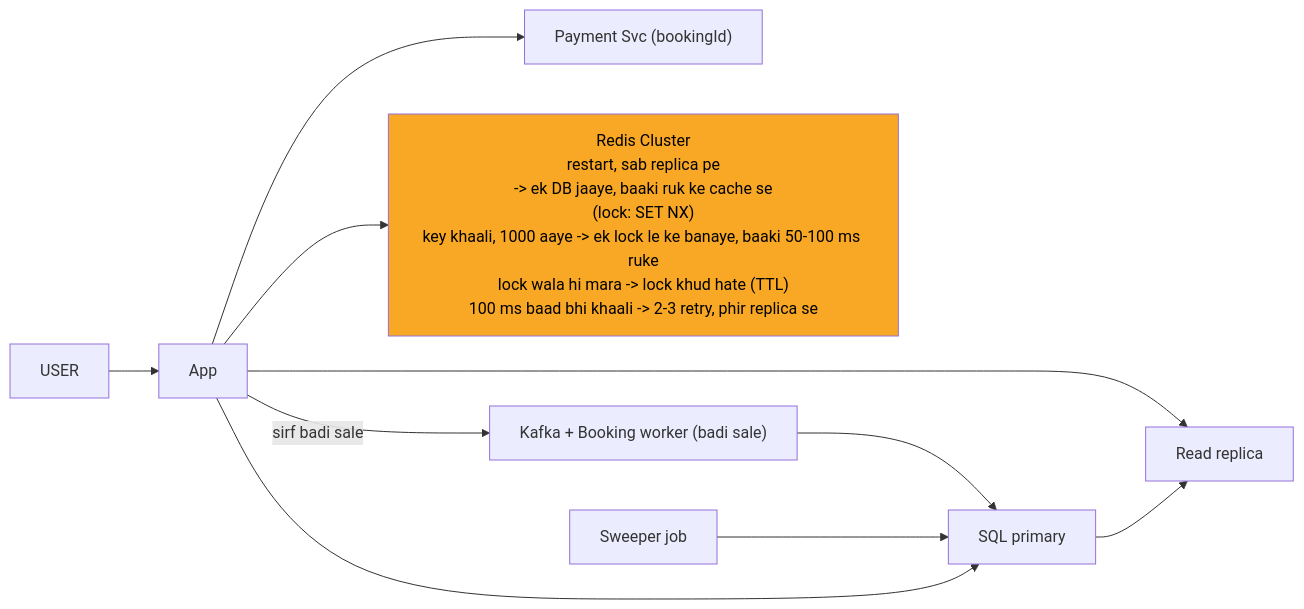
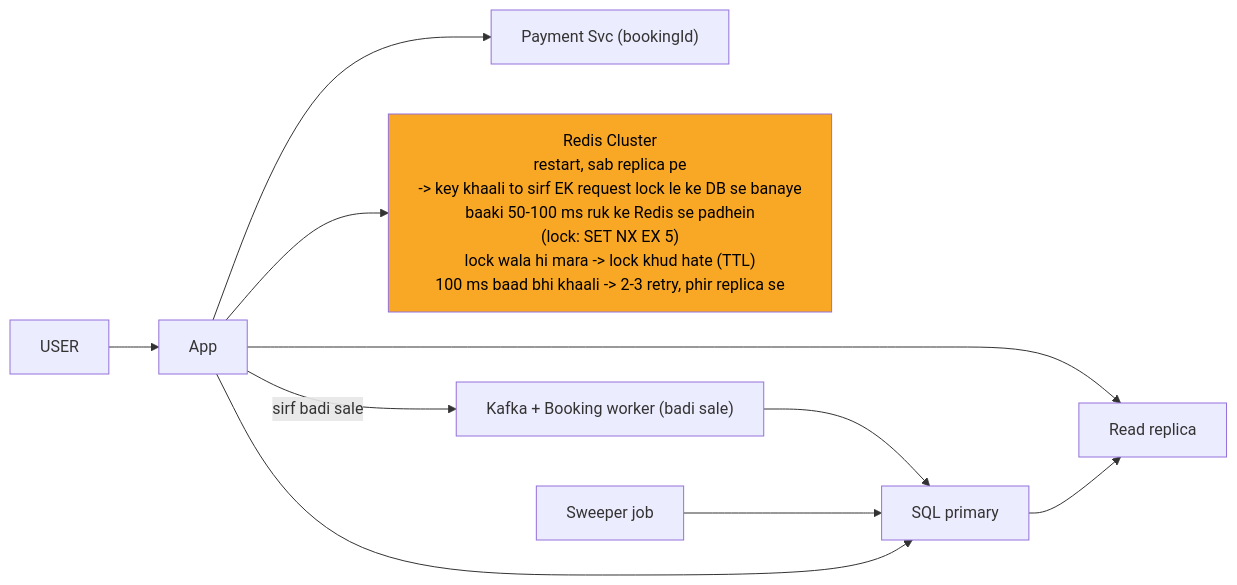
Before and after one commit to ArpanMaheshwari144/Prep: the seventh of 9 diagrams in 04_HLD/SYSTEM_DESIGNS/09_bookmyshow/09_bookmyshow_INTERVIEW.md, drawn with Mermaid. The commit also changed other lines of this file and 13 other files, not shown here.

````diff
--- a/04_HLD/SYSTEM_DESIGNS/09_bookmyshow/09_bookmyshow_INTERVIEW.md
+++ b/04_HLD/SYSTEM_DESIGNS/09_bookmyshow/09_bookmyshow_INTERVIEW.md
@@ -271,22 +270,22 @@
 ```mermaid
 %%{init: {"flowchart": {"wrappingWidth": 450}}}%%
 flowchart LR
     n_USER["USER"]
     n_App["App"]
     n_Payment_Svc["Payment Svc (bookingId)"]
-    n_Redis["Redis Cluster<br/>restart, sab replica pe<br/>-> ek DB jaaye, baaki ruk ke cache se<br/>(lock: SET NX)<br/>key khaali, 1000 aaye -> ek lock le ke banaye, baaki 50-100 ms ruke<br/>lock wala hi mara -> lock khud hate (TTL)<br/>100 ms baad bhi khaali -> 2-3 retry, phir replica se"]
+    n_Redis["Redis Cluster<br/>restart, sab replica pe<br/>-> key khaali to sirf EK request lock le ke DB se banaye<br/>baaki 50-100 ms ruk ke Redis se padhein<br/>(lock: SET NX EX 5)<br/>lock wala hi mara -> lock khud hate (TTL)<br/>100 ms baad bhi khaali -> 2-3 retry, phir replica se"]
     n_Read_replica["Read replica"]
     n_KB["Kafka + Booking worker (badi sale)"]
     n_SQL_primary["SQL primary"]
     n_Sweeper_job["Sweeper job"]
     n_USER --> n_App
     n_App --> n_Payment_Svc
     n_App --> n_Redis
     n_App --> n_Read_replica
     n_App -->|sirf badi sale| n_KB
     n_KB --> n_SQL_primary
     n_Sweeper_job --> n_SQL_primary
     n_App --> n_SQL_primary
     n_SQL_primary --> n_Read_replica
     style n_Redis fill:#f9a825,color:#000
 ```
````
